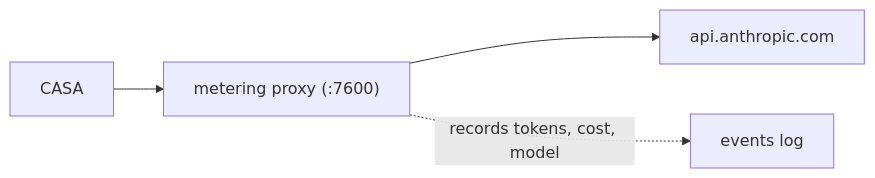
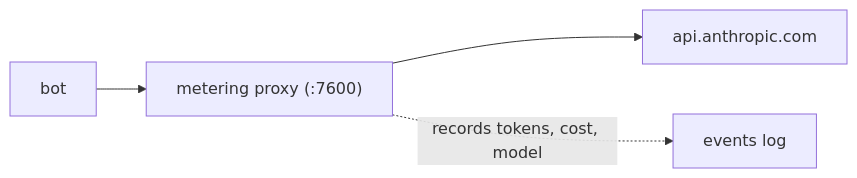
One commit to johnloveworld2022-ops/mecha.im changed the diagram in website/docs/features/metering.md. Above: the diagram before and after it, drawn with Mermaid. The commit also changed other lines of this file and 318 other files, not shown here.

First line of the commit message:
refactor: rename CASA to Bot across entire codebase

````diff
--- a/website/docs/features/metering.md
+++ b/website/docs/features/metering.md
@@ -9,6 +9,6 @@
 ```mermaid
 graph LR
-  CASA --> proxy["metering proxy (:7600)"]
+  bot --> proxy["metering proxy (:7600)"]
   proxy --> api["api.anthropic.com"]
   proxy -. "records tokens, cost, model" .-> events["events log"]
 ```
````
